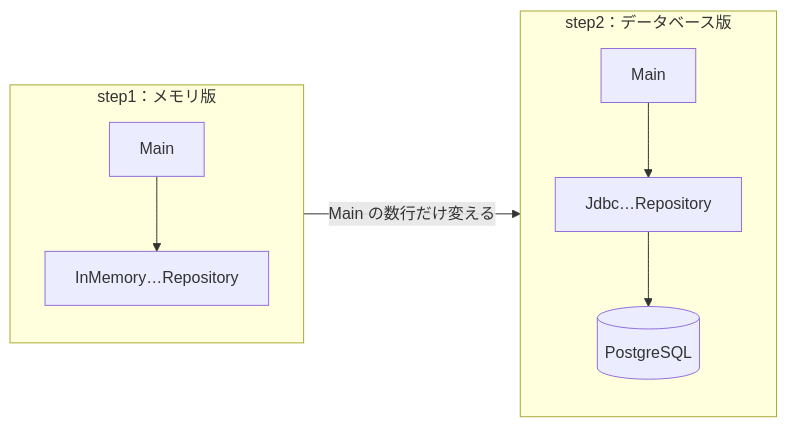
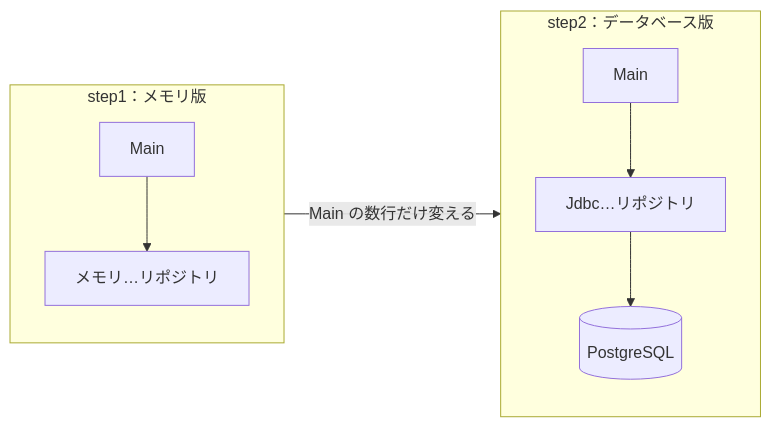
One commit to YTS0418/PRMN_SYSTEM_Lecture changed the third of 3 diagrams in データベース/12_JavaからDBを使う_JDBC.md. Above: the diagram before and after it, drawn with Mermaid. The commit also changed other lines of this file and 14 other files, not shown here.

````diff
--- a/データベース/12_JavaからDBを使う_JDBC.md
+++ b/データベース/12_JavaからDBを使う_JDBC.md
@@ -330,12 +333,12 @@
 ```mermaid
 flowchart LR
     subgraph before["step1：メモリ版"]
         direction TB
-        m1["Main"] --> i1["InMemory…Repository"]
+        m1["Main"] --> i1["メモリ…リポジトリ"]
     end
     subgraph after["step2：データベース版"]
         direction TB
-        m2["Main"] --> i2["Jdbc…Repository"] --> pg[("PostgreSQL")]
+        m2["Main"] --> i2["Jdbc…リポジトリ"] --> pg[("PostgreSQL")]
     end
     before -->|"Main の数行だけ変える"| after
 ```
````
